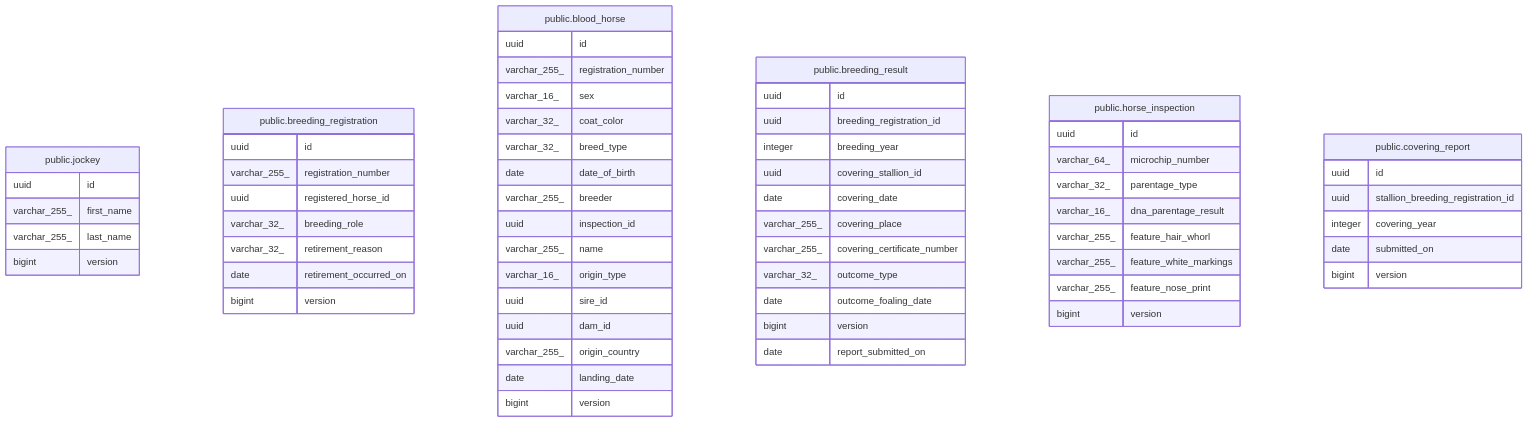
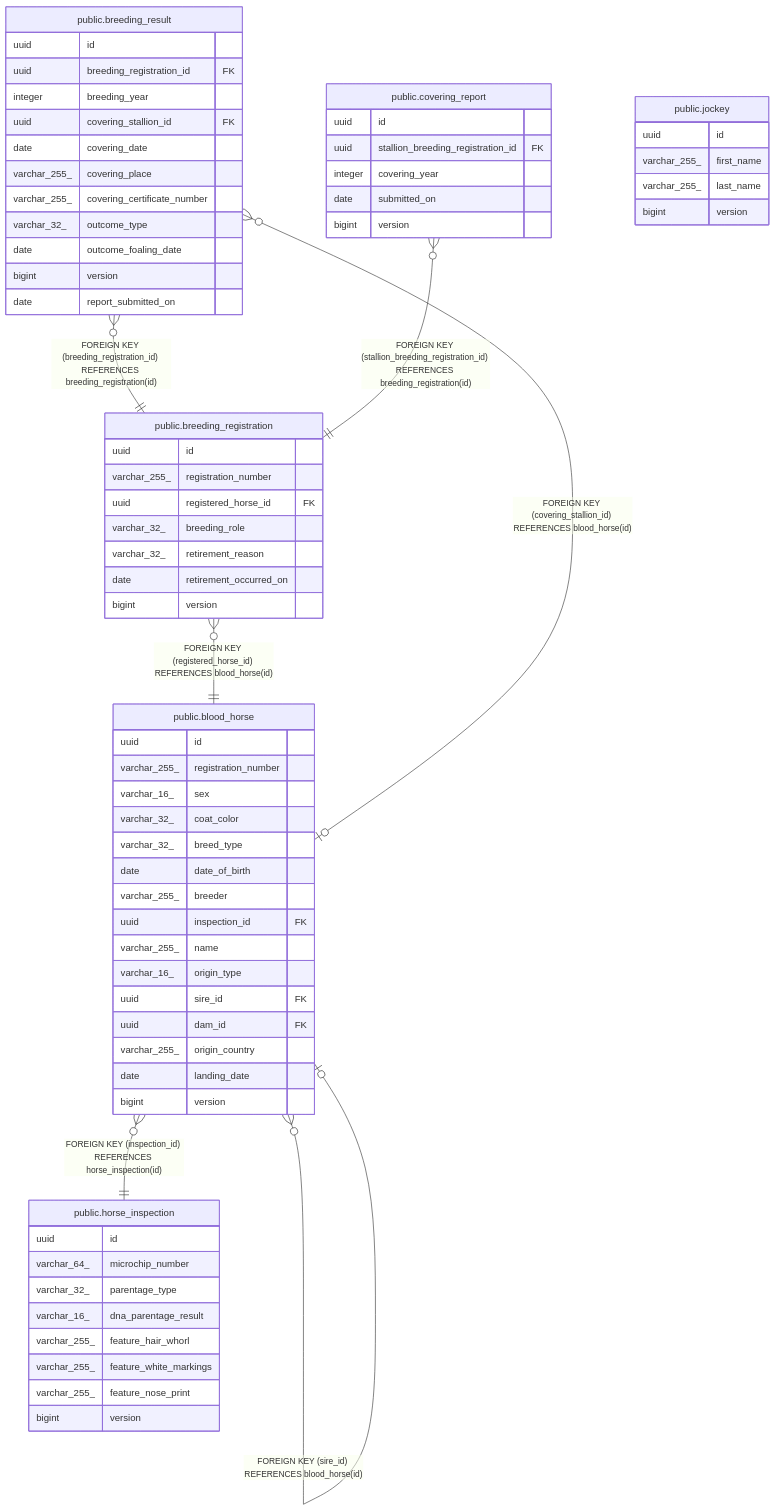
Before and after one commit to ptiringo/toy-box: the diagram in dbdoc/README.md, drawn with Mermaid. The commit also changed 6 other files, not shown here.

````diff
--- a/dbdoc/README.md
+++ b/dbdoc/README.md
@@ -16,67 +16,74 @@
 ```mermaid
 erDiagram
 
+"public.breeding_registration" }o--|| "public.blood_horse" : "FOREIGN KEY (registered_horse_id) REFERENCES blood_horse(id)"
+"public.blood_horse" }o--o| "public.blood_horse" : "FOREIGN KEY (dam_id) REFERENCES blood_horse(id)"
+"public.blood_horse" }o--o| "public.blood_horse" : "FOREIGN KEY (sire_id) REFERENCES blood_horse(id)"
+"public.blood_horse" }o--|| "public.horse_inspection" : "FOREIGN KEY (inspection_id) REFERENCES horse_inspection(id)"
+"public.breeding_result" }o--|| "public.breeding_registration" : "FOREIGN KEY (breeding_registration_id) REFERENCES breeding_registration(id)"
+"public.breeding_result" }o--o| "public.blood_horse" : "FOREIGN KEY (covering_stallion_id) REFERENCES blood_horse(id)"
+"public.covering_report" }o--|| "public.breeding_registration" : "FOREIGN KEY (stallion_breeding_registration_id) REFERENCES breeding_registration(id)"
 
 "public.jockey" {
   uuid id
   varchar_255_ first_name
   varchar_255_ last_name
   bigint version
 }
 "public.breeding_registration" {
   uuid id
   varchar_255_ registration_number
-  uuid registered_horse_id
+  uuid registered_horse_id FK
   varchar_32_ breeding_role
   varchar_32_ retirement_reason
   date retirement_occurred_on
   bigint version
 }
 "public.blood_horse" {
   uuid id
   varchar_255_ registration_number
   varchar_16_ sex
   varchar_32_ coat_color
   varchar_32_ breed_type
   date date_of_birth
   varchar_255_ breeder
-  uuid inspection_id
+  uuid inspection_id FK
   varchar_255_ name
   varchar_16_ origin_type
-  uuid sire_id
-  uuid dam_id
+  uuid sire_id FK
+  uuid dam_id FK
   varchar_255_ origin_country
   date landing_date
   bigint version
 }
 "public.breeding_result" {
   uuid id
-  uuid breeding_registration_id
+  uuid breeding_registration_id FK
   integer breeding_year
-  uuid covering_stallion_id
+  uuid covering_stallion_id FK
   date covering_date
   varchar_255_ covering_place
   varchar_255_ covering_certificate_number
   varchar_32_ outcome_type
   date outcome_foaling_date
   bigint version
   date report_submitted_on
 }
 "public.horse_inspection" {
   uuid id
   varchar_64_ microchip_number
   varchar_32_ parentage_type
   varchar_16_ dna_parentage_result
   varchar_255_ feature_hair_whorl
   varchar_255_ feature_white_markings
   varchar_255_ feature_nose_print
   bigint version
 }
 "public.covering_report" {
   uuid id
-  uuid stallion_breeding_registration_id
+  uuid stallion_breeding_registration_id FK
   integer covering_year
   date submitted_on
   bigint version
 }
 ```
````
